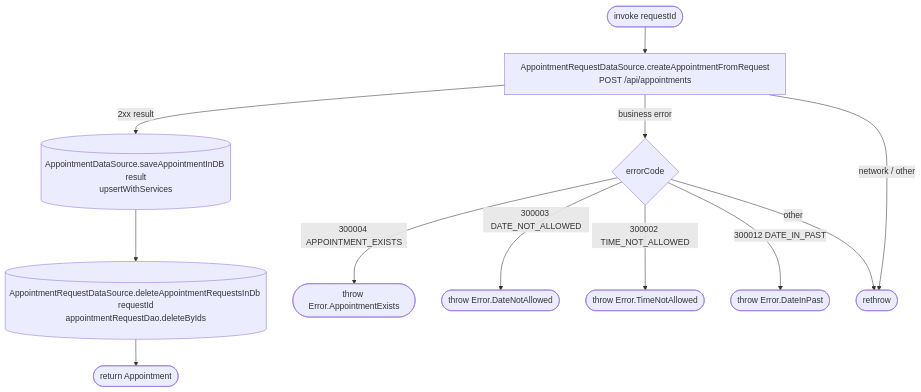
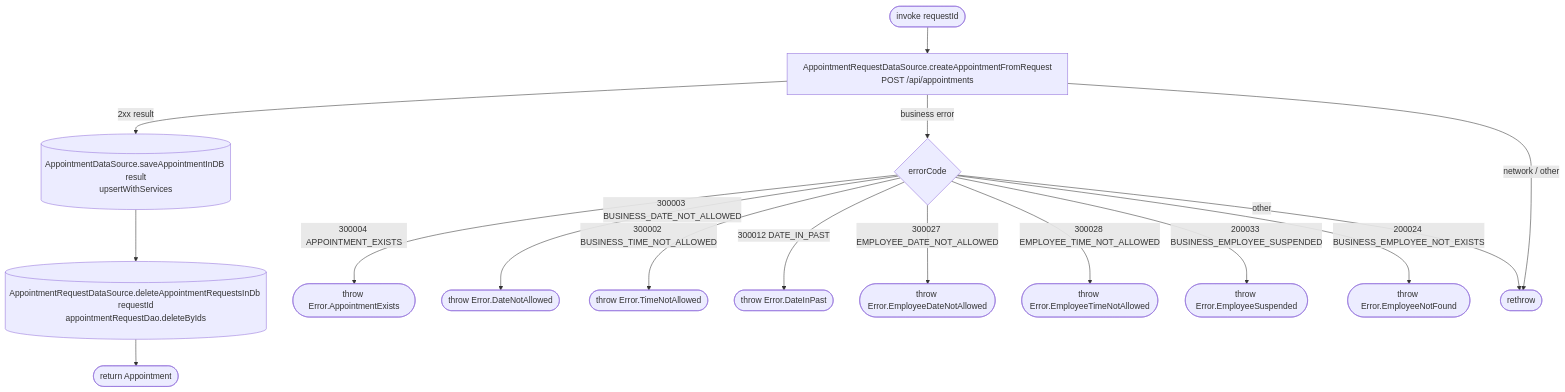
One commit to nocturneproperties/bookkme-client changed the diagram in docs/operations/appointments/approve-appointment-request.md. Above: the diagram before and after it, drawn with Mermaid. The commit also changed other lines of this file and 48 other files, not shown here.

````diff
--- a/docs/operations/appointments/approve-appointment-request.md
+++ b/docs/operations/appointments/approve-appointment-request.md
@@ -12,14 +15,18 @@
 ```mermaid
 flowchart TD
     Start([invoke requestId]) --> Net[AppointmentRequestDataSource.createAppointmentFromRequest<br/>POST /api/appointments]
     Net -- 2xx result --> Save[(AppointmentDataSource.saveAppointmentInDB result<br/>upsertWithServices)]
     Save --> Del[(AppointmentRequestDataSource.deleteAppointmentRequestsInDb requestId<br/>appointmentRequestDao.deleteByIds)]
     Del --> R([return Appointment])
     Net -- business error --> Code{errorCode}
     Code -- 300004 APPOINTMENT_EXISTS --> E1([throw Error.AppointmentExists])
-    Code -- 300003 DATE_NOT_ALLOWED --> E2([throw Error.DateNotAllowed])
-    Code -- 300002 TIME_NOT_ALLOWED --> E3([throw Error.TimeNotAllowed])
+    Code -- 300003 BUSINESS_DATE_NOT_ALLOWED --> E2([throw Error.DateNotAllowed])
+    Code -- 300002 BUSINESS_TIME_NOT_ALLOWED --> E3([throw Error.TimeNotAllowed])
     Code -- 300012 DATE_IN_PAST --> E4([throw Error.DateInPast])
+    Code -- 300027 EMPLOYEE_DATE_NOT_ALLOWED --> E5([throw Error.EmployeeDateNotAllowed])
+    Code -- 300028 EMPLOYEE_TIME_NOT_ALLOWED --> E6([throw Error.EmployeeTimeNotAllowed])
+    Code -- 200033 BUSINESS_EMPLOYEE_SUSPENDED --> E7([throw Error.EmployeeSuspended])
+    Code -- 200024 BUSINESS_EMPLOYEE_NOT_EXISTS --> E8([throw Error.EmployeeNotFound])
     Code -- other --> EX([rethrow])
     Net -- network / other --> EX
 ```
````
